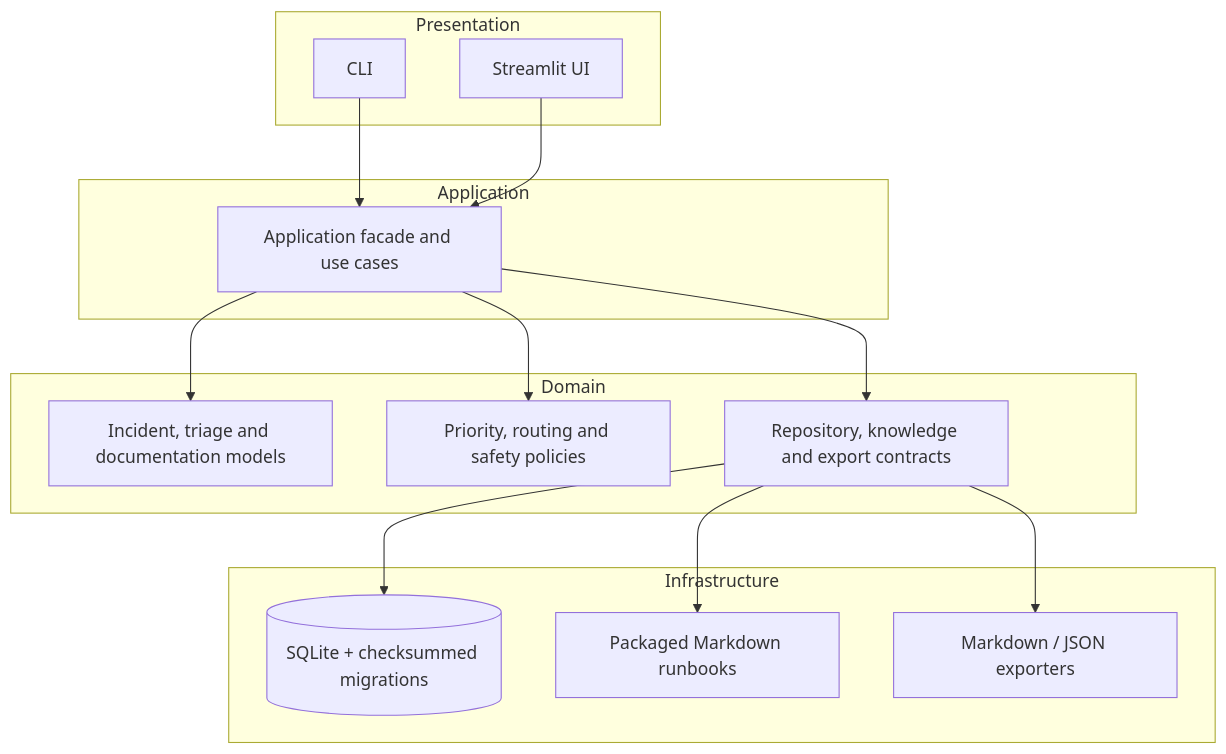
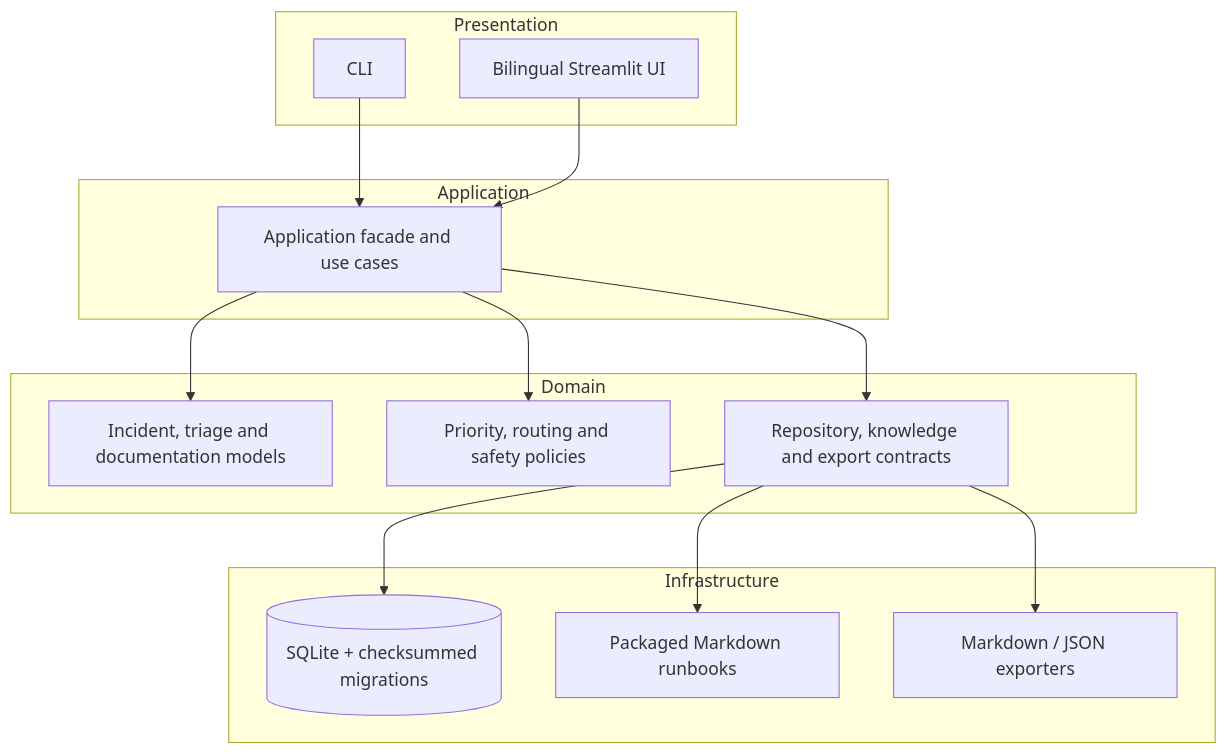
One commit to cmosantos/supportops-command-center changed the second of 2 diagrams in README.md. Above: the diagram before and after it, drawn with Mermaid. The commit also changed other lines of this file, not shown here.

Commit message:
Document bilingual SupportOps experience

````diff
--- a/README.md
+++ b/README.md
@@ -198,32 +211,32 @@
 ```mermaid
 flowchart TB
     subgraph Presentation
       CLI[CLI]
-      UI[Streamlit UI]
+      UI[Bilingual Streamlit UI]
     end
 
     subgraph Application
       APP[Application facade and use cases]
     end
 
     subgraph Domain
       MODELS[Incident, triage and documentation models]
       POLICY[Priority, routing and safety policies]
       PORTS[Repository, knowledge and export contracts]
     end
 
     subgraph Infrastructure
       DB[(SQLite + checksummed migrations)]
       KB[Packaged Markdown runbooks]
       EXP[Markdown / JSON exporters]
     end
 
     CLI --> APP
     UI --> APP
     APP --> MODELS
     APP --> POLICY
     APP --> PORTS
     PORTS --> DB
     PORTS --> KB
     PORTS --> EXP
 ```
````
